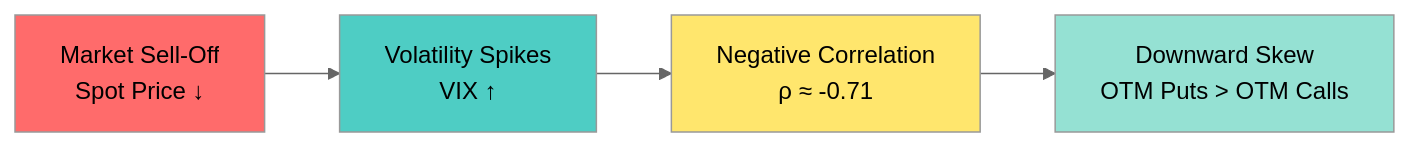
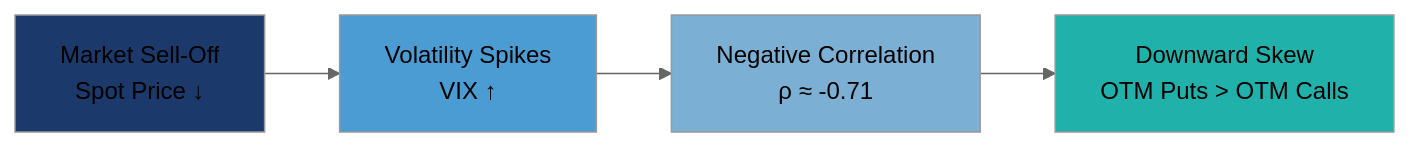
Before and after one commit to tripp-smith/benn_eifert_talks: the second of 8 diagrams in README.md, drawn with Mermaid (neutral theme). The commit also changed other lines of this file, not shown here.

````diff
--- a/README.md
+++ b/README.md
@@ -49,11 +51,11 @@
 ```mermaid
 graph LR
-    A[Market Sell-Off<br/>Spot Price ↓] --> B[Volatility Spikes<br/>VIX ↑]
-    B --> C[Negative Correlation<br/>ρ ≈ -0.71]
-    C --> D[Downward Skew<br/>OTM Puts > OTM Calls]
+    MarketSellOff["Market Sell-Off<br/>Spot Price ↓"] --> VolatilitySpikes["Volatility Spikes<br/>VIX ↑"]
+    VolatilitySpikes --> NegativeCorrelation["Negative Correlation<br/>ρ ≈ -0.71"]
+    NegativeCorrelation --> DownwardSkew["Downward Skew<br/>OTM Puts > OTM Calls"]
     
-    style A fill:#ff6b6b
-    style B fill:#4ecdc4
-    style C fill:#ffe66d
-    style D fill:#95e1d3
+    style MarketSellOff fill:#1B3A6B
+    style VolatilitySpikes fill:#4B9CD3
+    style NegativeCorrelation fill:#7BAFD4
+    style DownwardSkew fill:#20B2AA
 ```
````
